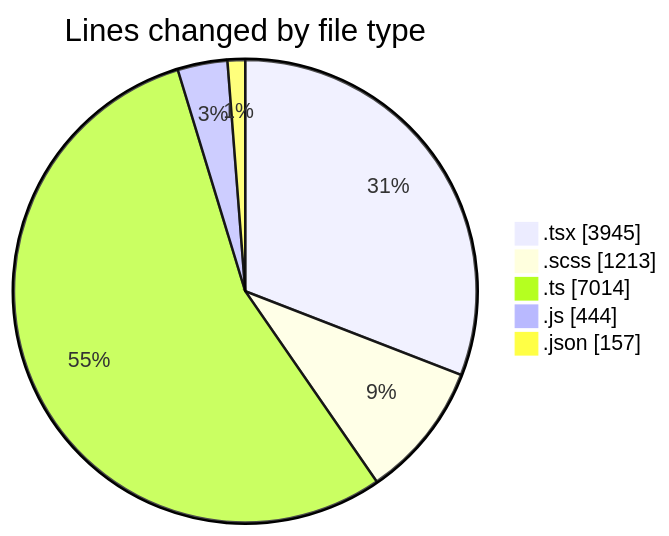
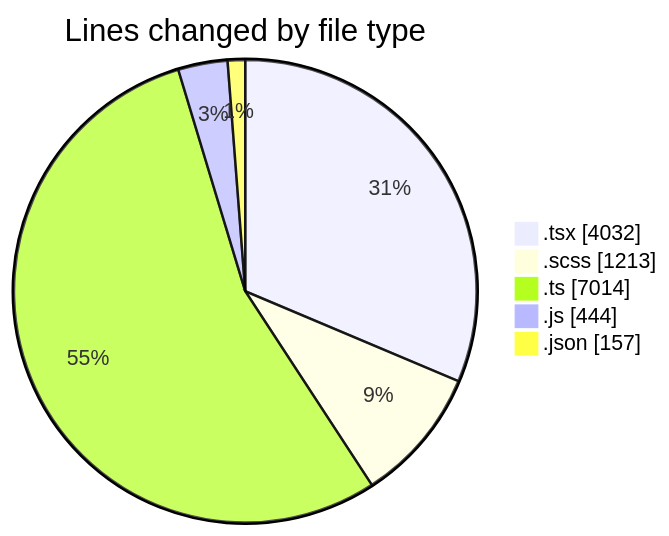
One commit to momahboobian/code-tracking changed the first of 2 diagrams in 2026-04-23/cda/README.md. Above: the diagram before and after it, drawn with Mermaid. The commit also changed other lines of this file and 1 other file, not shown here.

````diff
--- a/2026-04-23/cda/README.md
+++ b/2026-04-23/cda/README.md
@@ -43,9 +44,9 @@
 ```mermaid
 pie showData
 title Lines changed by file type
-".tsx" : 3945
+".tsx" : 4032
 ".scss" : 1213
 ".ts" : 7014
 ".js" : 444
 ".json" : 157
 ```
````
